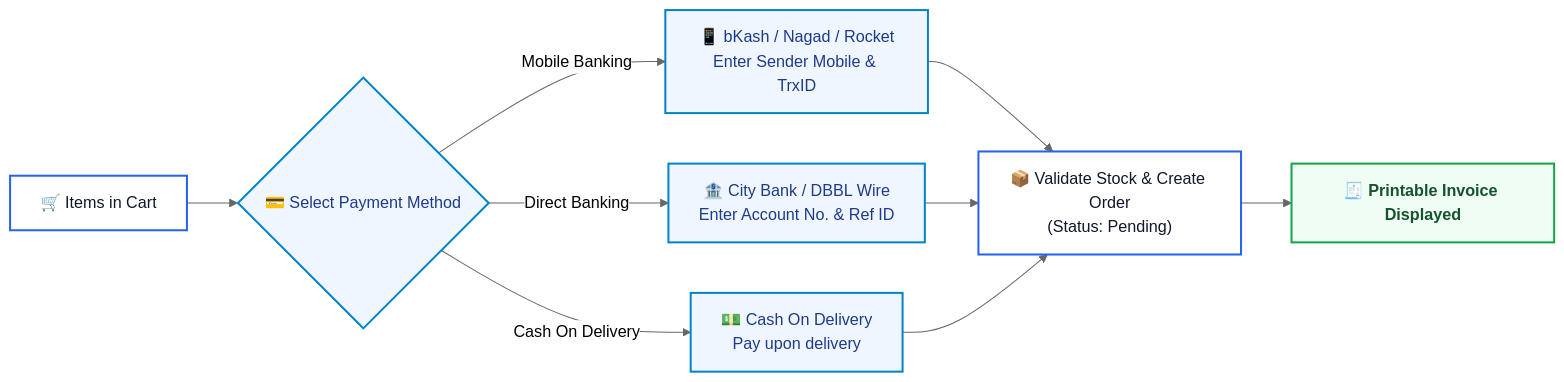
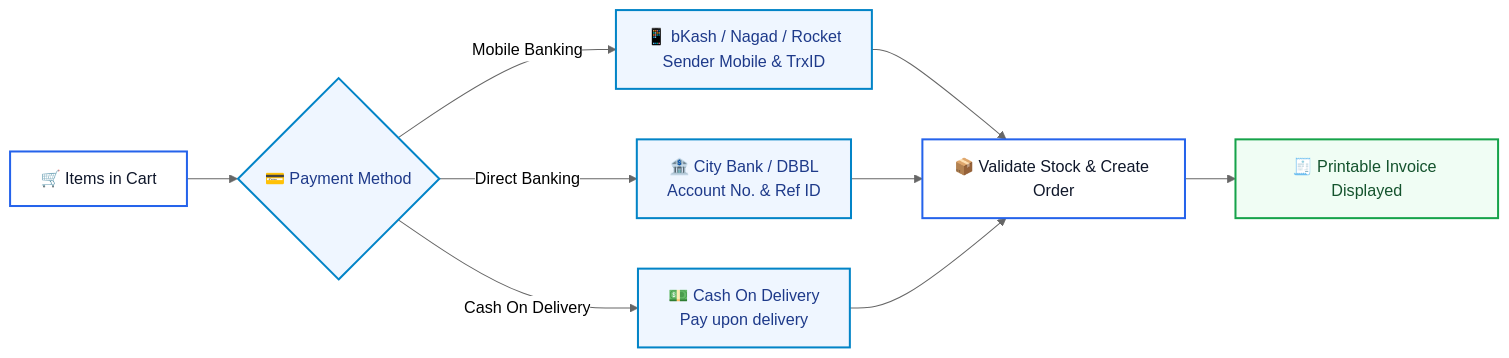
One commit to Bahar0900/Productstore changed the fifth of 7 diagrams in README.md. Above: the diagram before and after it, drawn with Mermaid (neutral theme). The commit also changed other lines of this file, not shown here.

Commit message:
fix(docs): quote all mermaid edge labels to resolve GitHub parse error

````diff
--- a/README.md
+++ b/README.md
@@ -164,18 +163,18 @@
 ```mermaid
 flowchart LR
     classDef action fill:#ffffff,stroke:#2563eb,stroke-width:2px,color:#0f172a;
     classDef pay fill:#eff6ff,stroke:#0284c7,stroke-width:2px,color:#1e3a8a;
-    classDef complete fill:#f0fdf4,stroke:#16a34a,stroke-width:2px,color:#14532d,font-weight:bold;
+    classDef complete fill:#f0fdf4,stroke:#16a34a,stroke-width:2px,color:#14532d;
 
-    Cart["🛒 Items in Cart"]:::action --> SelectPay{"💳 Select Payment Method"}:::pay
+    Cart["🛒 Items in Cart"]:::action --> SelectPay{"💳 Payment Method"}:::pay
 
-    SelectPay -->|Mobile Banking| Mob["📱 bKash / Nagad / Rocket<br/>Enter Sender Mobile & TrxID"]:::pay
-    SelectPay -->|Direct Banking| Bank["🏦 City Bank / DBBL Wire<br/>Enter Account No. & Ref ID"]:::pay
-    SelectPay -->|Cash On Delivery| COD["💵 Cash On Delivery<br/>Pay upon delivery"]:::pay
+    SelectPay -->|"Mobile Banking"| Mob["📱 bKash / Nagad / Rocket<br/>Sender Mobile & TrxID"]:::pay
+    SelectPay -->|"Direct Banking"| Bank["🏦 City Bank / DBBL<br/>Account No. & Ref ID"]:::pay
+    SelectPay -->|"Cash On Delivery"| COD["💵 Cash On Delivery<br/>Pay upon delivery"]:::pay
 
-    Mob --> OrderGen["📦 Validate Stock & Create Order<br/>(Status: Pending)"]:::action
+    Mob --> OrderGen["📦 Validate Stock & Create Order"]:::action
     Bank --> OrderGen
     COD --> OrderGen
 
     OrderGen --> Confirm["🧾 Printable Invoice Displayed"]:::complete
 ```
````
